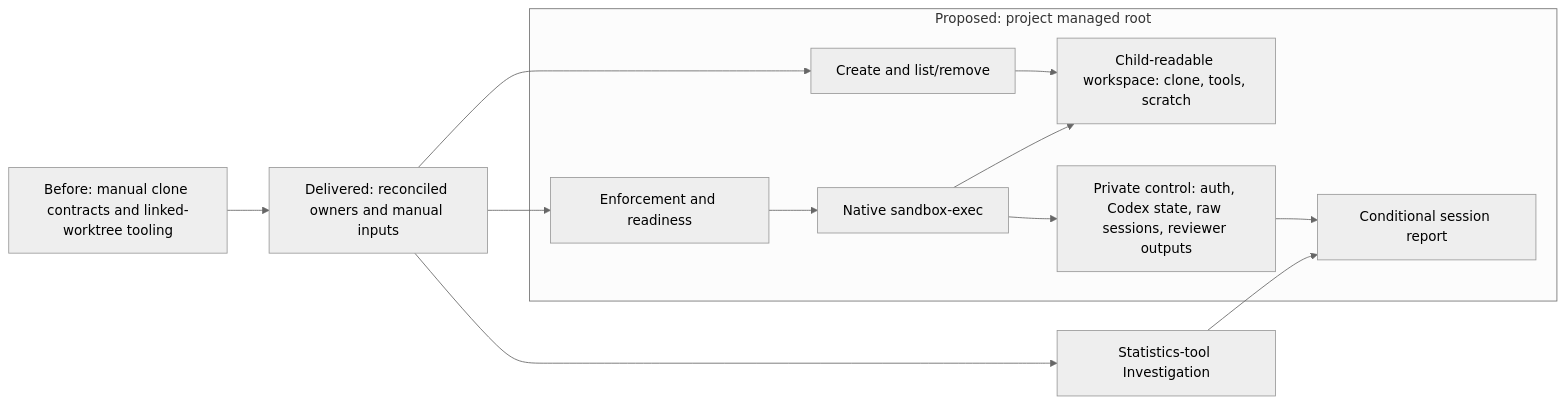
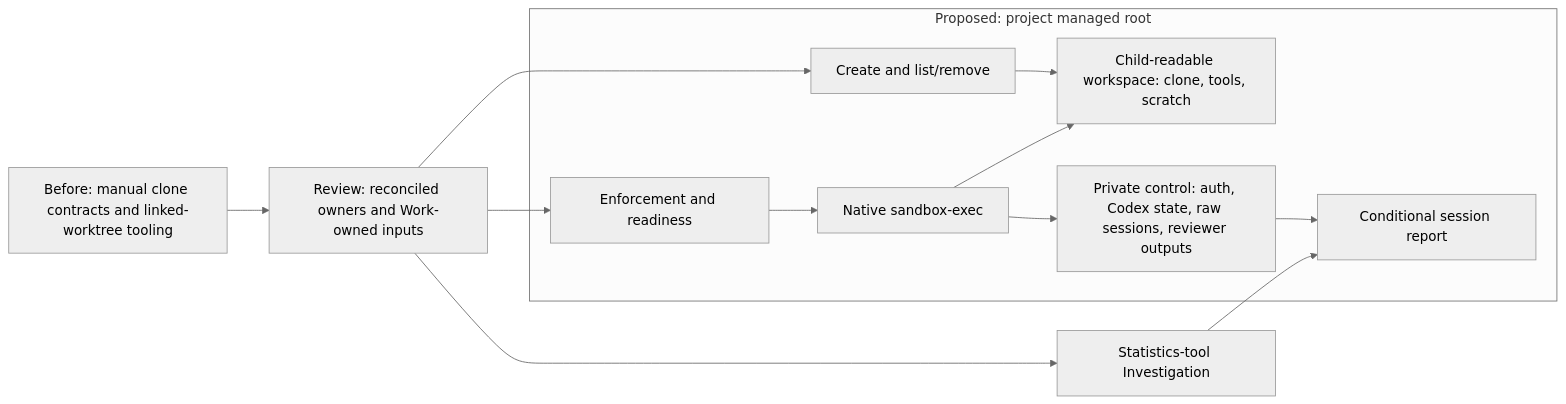
The diagram in doc/feat/evaluation-sandboxes/README.md (msitarz/ataraxia), drawn with Mermaid (neutral theme) before and after one commit. The commit also changed other lines of this file and 10 other files, not shown here.

Commit message:
docs: retain sandbox inputs within Work

````diff
--- a/doc/feat/evaluation-sandboxes/README.md
+++ b/doc/feat/evaluation-sandboxes/README.md
@@ -23,18 +23,18 @@
 ```mermaid
 flowchart LR
     B[Before: manual clone contracts and linked-worktree tooling]
-    B --> G[Delivered: reconciled owners and manual inputs]
+    B --> G[Review: reconciled owners and Work-owned inputs]
     subgraph Proposed[Proposed: project managed root]
         W[Child-readable workspace: clone, tools, scratch]
         P[Private control: auth, Codex state, raw sessions, reviewer outputs]
         C[Create and list/remove] --> W
         E[Enforcement and readiness] --> X[Native sandbox-exec]
         X --> W
         X --> P
         P --> R[Conditional session report]
     end
     G --> C
     G --> E
     G --> I[Statistics-tool Investigation]
     I --> R
 ```
````
